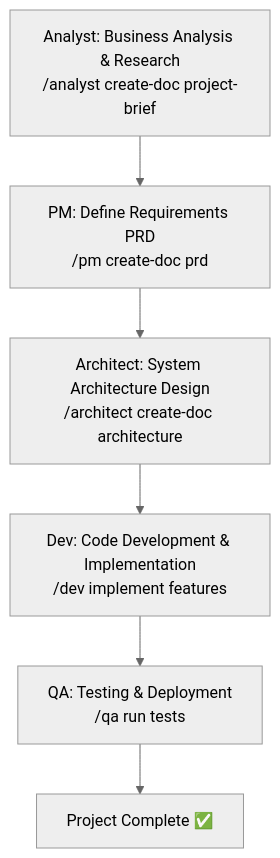
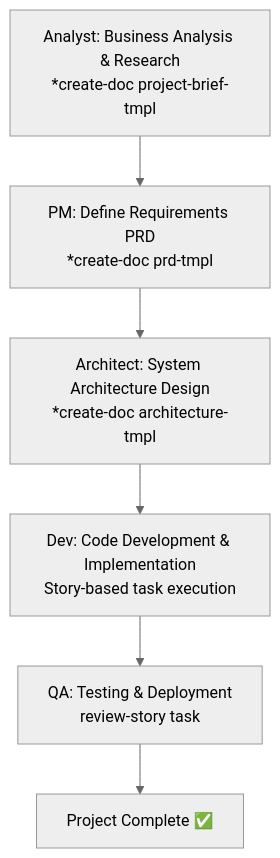
The first of 20 diagrams in diagrams.md (hitesh-goel/BMAD-METHOD), drawn with Mermaid (neutral theme) before and after one commit. The commit also changed other lines of this file, not shown here.

Commit message:
refactor: update flowchart commands in diagrams.md to use asterisk prefix for consistency and clarity. Enhanced agent command structures and added detailed workflow conditional flows for improved documentation.

````diff
--- a/diagrams.md
+++ b/diagrams.md
@@ -17,9 +17,9 @@
 ```mermaid
 flowchart TD
-    A["Analyst: Business Analysis & Research<br/>/analyst create-doc project-brief"] -->
-    B["PM: Define Requirements PRD<br/>/pm create-doc prd"] -->
-    C["Architect: System Architecture Design<br/>/architect create-doc architecture"] -->
-    D["Dev: Code Development & Implementation<br/>/dev implement features"] -->
-    E["QA: Testing & Deployment<br/>/qa run tests"] -->
+    A["Analyst: Business Analysis & Research<br/>*create-doc project-brief-tmpl"] -->
+    B["PM: Define Requirements PRD<br/>*create-doc prd-tmpl"] -->
+    C["Architect: System Architecture Design<br/>*create-doc architecture-tmpl"] -->
+    D["Dev: Code Development & Implementation<br/>Story-based task execution"] -->
+    E["QA: Testing & Deployment<br/>review-story task"] -->
     F["Project Complete ✅"]
 ```
````
